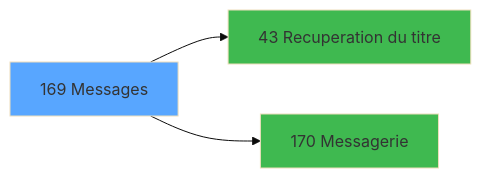
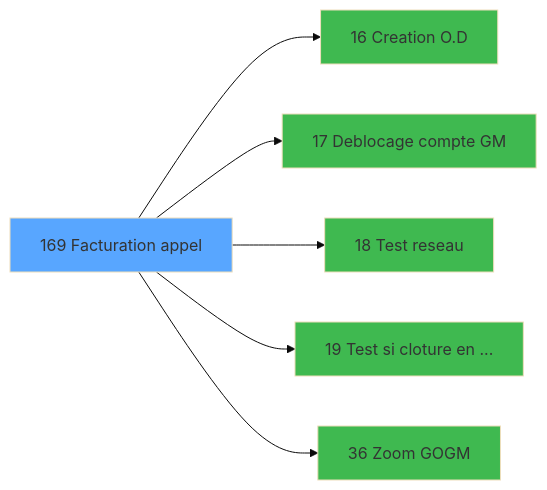
One commit to thonyAGP/magic-migration changed the third of 3 diagrams in .openspec/specs/ADH-IDE-169.md. Above: the diagram before and after it, drawn with Mermaid (base theme). The commit also changed other lines of this file and 311 other files, not shown here.

````diff
--- a/.openspec/specs/ADH-IDE-169.md
+++ b/.openspec/specs/ADH-IDE-169.md
@@ -750,11 +389,20 @@
 ```mermaid
 graph LR
-    T169[169 Messages]
+    T169[169 Facturation appel]
     style T169 fill:#58a6ff
-    C43[43 Recuperation du titre]
-    T169 --> C43
-    style C43 fill:#3fb950
-    C170[170 Messagerie]
-    T169 --> C170
-    style C170 fill:#3fb950
+    C16[16 Creation O.D]
+    T169 --> C16
+    style C16 fill:#3fb950
+    C17[17 Deblocage compte GM]
+    T169 --> C17
+    style C17 fill:#3fb950
+    C18[18 Test reseau]
+    T169 --> C18
+    style C18 fill:#3fb950
+    C19[19 Test si cloture en ...]
+    T169 --> C19
+    style C19 fill:#3fb950
+    C36[36 Zoom GOGM]
+    T169 --> C36
+    style C36 fill:#3fb950
 ```
````
